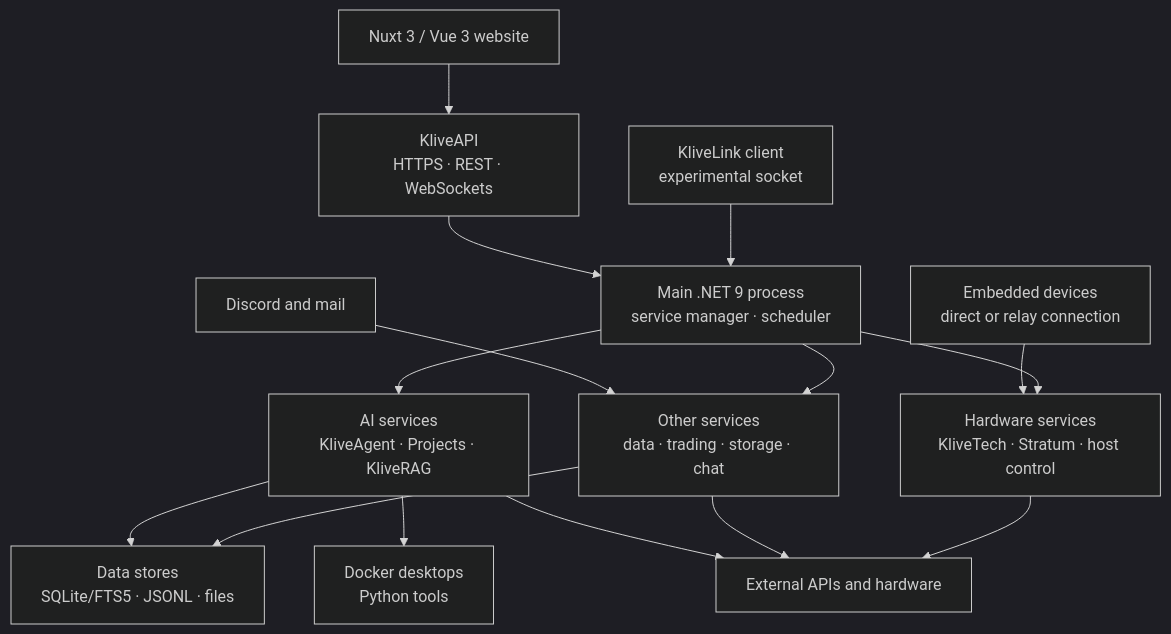
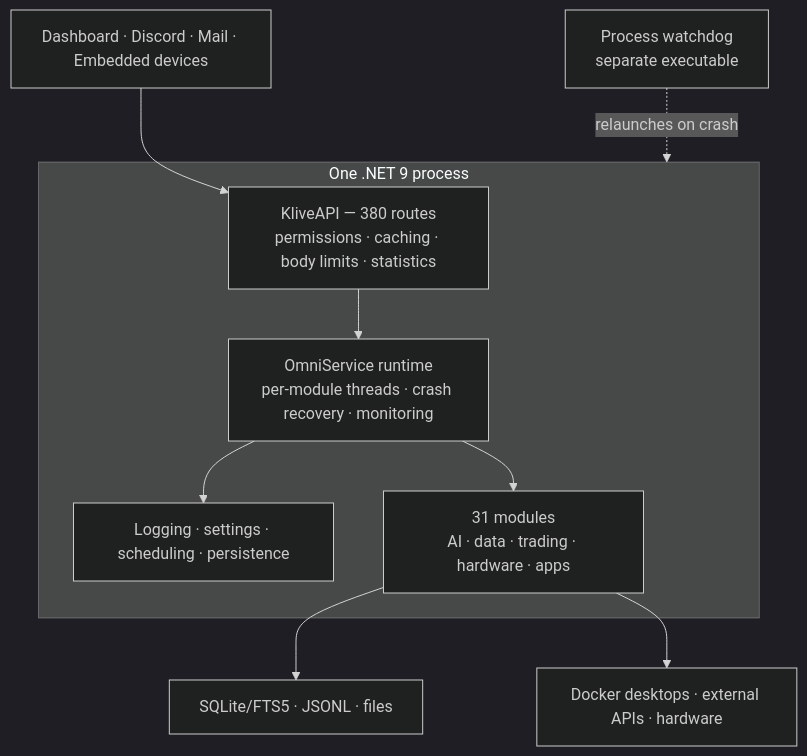
The diagram in README.md (Klivess/Omnipotent), drawn with Mermaid (dark theme) before and after one commit. The commit also changed other lines of this file and 3 other files, not shown here.

````diff
--- a/README.md
+++ b/README.md
@@ -35,30 +37,23 @@
 ```mermaid
 flowchart TB
-    Website["Nuxt 3 / Vue 3 website"]
-    Messaging["Discord and mail"]
-    KliveLink["KliveLink client<br/>experimental socket"]
-    Devices["Embedded devices<br/>direct or relay connection"]
-    API["KliveAPI<br/>HTTPS · REST · WebSockets"]
-    Main["Main .NET 9 process<br/>service manager · scheduler"]
-    AI["AI services<br/>KliveAgent · Projects · KliveRAG"]
-    Services["Other services<br/>data · trading · storage · chat"]
-    Hardware["Hardware services<br/>KliveTech · Stratum · host control"]
-    Data["Data stores<br/>SQLite/FTS5 · JSONL · files"]
-    Docker["Docker desktops<br/>Python tools"]
-    External["External APIs and hardware"]
+    Clients["Dashboard · Discord · Mail · Embedded devices"]
 
-    Website --> API
-    API --> Main
-    Messaging --> Services
-    KliveLink --> Main
-    Devices --> Hardware
-    Main --> AI
-    Main --> Services
-    Main --> Hardware
-    AI --> Data
-    Services --> Data
-    AI --> Docker
-    AI --> External
-    Services --> External
-    Hardware --> External
+    subgraph proc ["One .NET 9 process"]
+        API["KliveAPI — 380 routes<br/>permissions · caching · body limits · statistics"]
+        Runtime["OmniService runtime<br/>per-module threads · crash recovery · monitoring"]
+        Shared["Logging · settings · scheduling · persistence"]
+        Modules["31 modules<br/>AI · data · trading · hardware · apps"]
+    end
+
+    Watchdog["Process watchdog<br/>separate executable"]
+    Data["SQLite/FTS5 · JSONL · files"]
+    External["Docker desktops · external APIs · hardware"]
+
+    Clients --> API
+    API --> Runtime
+    Runtime --> Modules
+    Runtime --> Shared
+    Modules --> Data
+    Modules --> External
+    Watchdog -.->|relaunches on crash| proc
 ```
````
